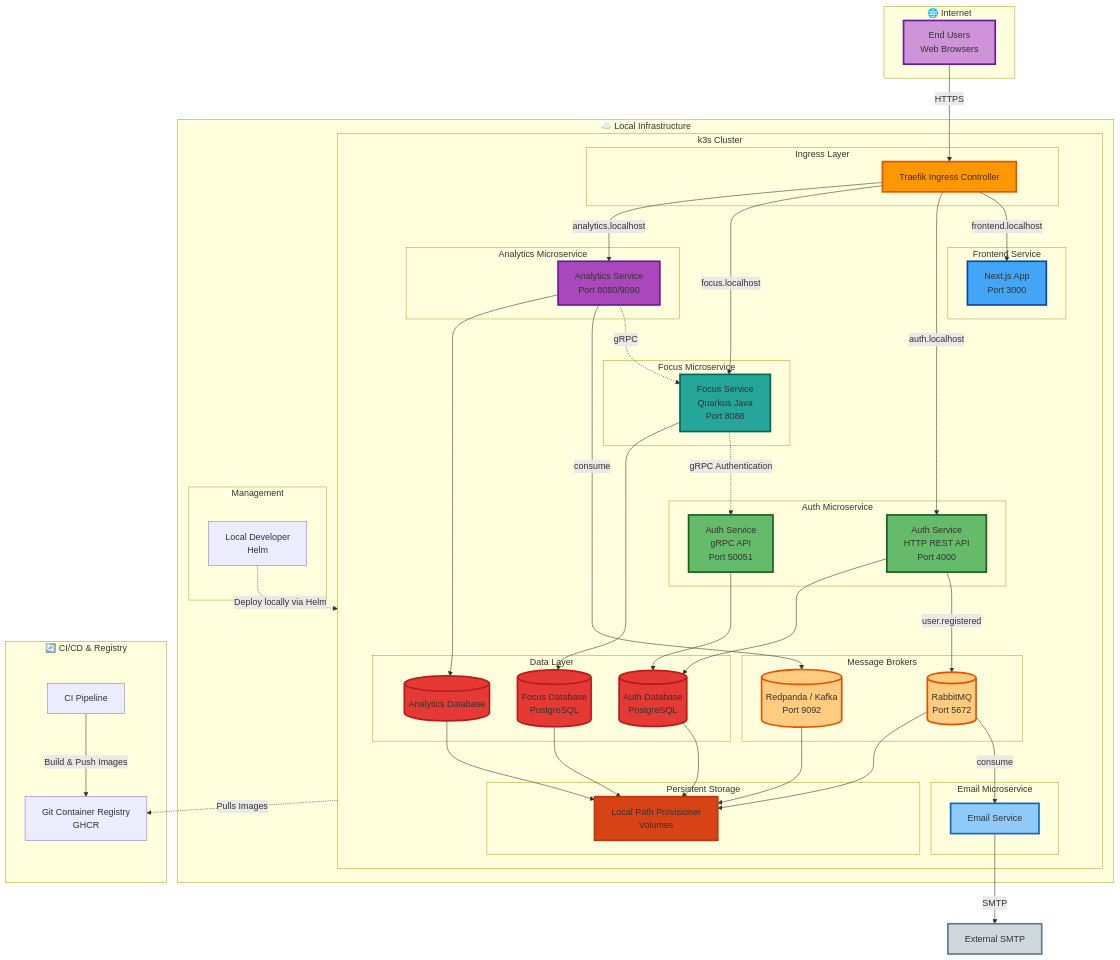
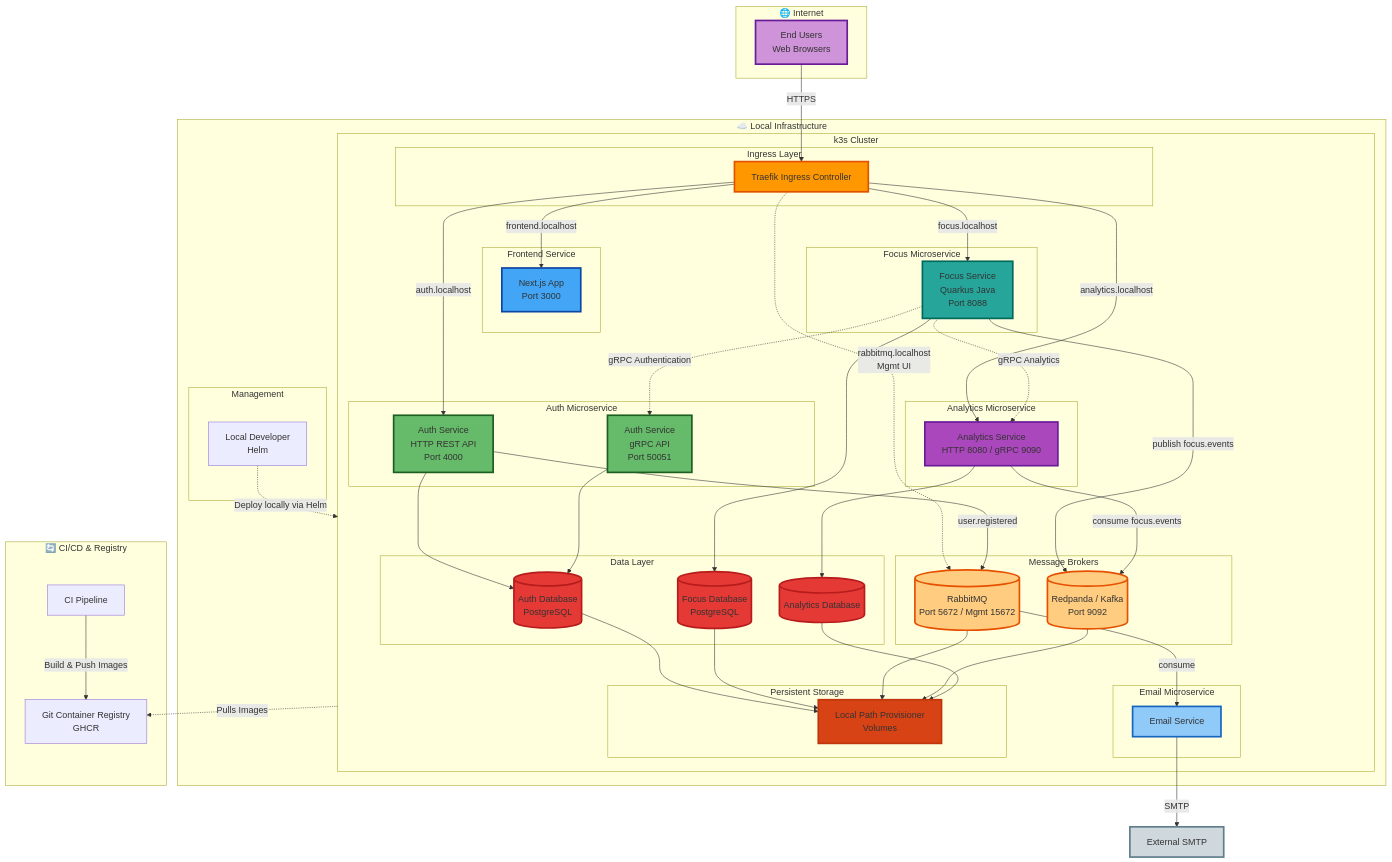
Before and after one commit to CloudNativeDevelopmentTeamH/infra: the first of 2 diagrams in architecture.md, drawn with Mermaid. The commit also changed other lines of this file and 2 other files, not shown here.

```diff
--- a/architecture.md
+++ b/architecture.md
@@ -29,16 +29,16 @@
                 FocusApp[Focus Service<br/>Quarkus Java<br/>Port 8088]
             end
 
+            subgraph AnalyticsService["Analytics Microservice"]
+                AnalyticsApp[Analytics Service<br/>HTTP 8080 / gRPC 9090]
+            end
+
             subgraph EmailService["Email Microservice"]
                 EmailApp[Email Service]
             end
 
-            subgraph AnalyticsService["Analytics Microservice"]
-                AnalyticsApp[Analytics Service<br/>Port 8080/9090]
-            end
-
             subgraph MessageBroker["Message Brokers"]
-                RabbitMQ[(RabbitMQ<br/>Port 5672)]
+                RabbitMQ[(RabbitMQ<br/>Port 5672 / Mgmt 15672)]
                 Redpanda[(Redpanda / Kafka<br/>Port 9092)]
             end
 
@@ -69,18 +69,20 @@
     Traefik -->|auth.localhost| AuthHTTP
     Traefik -->|focus.localhost| FocusApp
     Traefik -->|analytics.localhost| AnalyticsApp
+    Traefik -.->|rabbitmq.localhost<br/>Mgmt UI| RabbitMQ
 
-    %% Service-to-service communication
+    %% Service-to-service communication (gRPC)
     FocusApp -.->|gRPC Authentication| AuthGRPC
-    AnalyticsApp -.->|gRPC| FocusApp
+    FocusApp -.->|gRPC Analytics| AnalyticsApp
 
-    %% Async Communication
+    %% Async Communication (RabbitMQ)
     AuthHTTP -->|user.registered| RabbitMQ
     RabbitMQ -->|consume| EmailApp
-    AnalyticsApp -->|consume| Redpanda
+    EmailApp -->|SMTP| ExternalSMTP[External SMTP]
 
-    %% External Services
-    EmailApp -->|SMTP| ExternalSMTP[External SMTP]
+    %% Async Communication (Kafka / Redpanda)
+    FocusApp -->|publish focus.events| Redpanda
+    AnalyticsApp -->|consume focus.events| Redpanda
 
     %% Data layer
     AuthHTTP --> AuthDB
```
